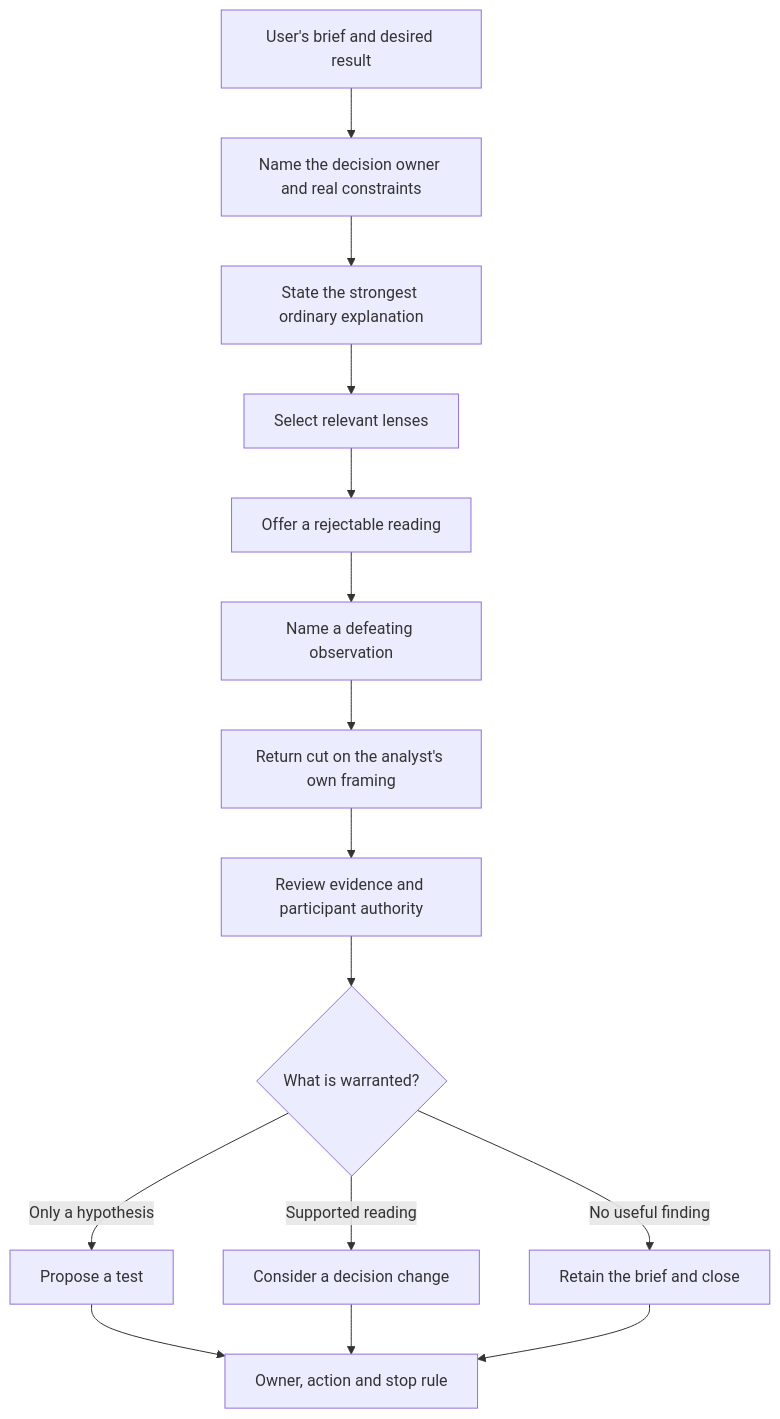
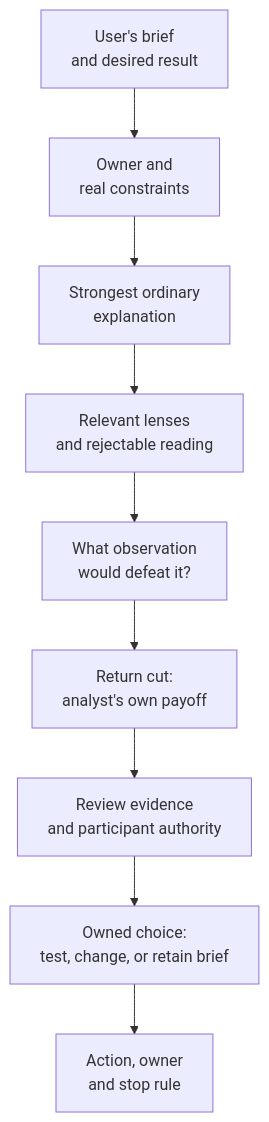
The first of 9 diagrams in docs/guide.md (maciejjankowski/zizkian), drawn with Mermaid before and after one commit. The commit also changed other lines of this file and 69 other files, not shown here.

````diff
--- a/docs/guide.md
+++ b/docs/guide.md
@@ -14,17 +14,11 @@
 ```mermaid
 flowchart TD
-    A[User's brief and desired result] --> B[Name the decision owner and real constraints]
-    B --> C[State the strongest ordinary explanation]
-    C --> D[Select relevant lenses]
-    D --> E[Offer a rejectable reading]
-    E --> F[Name a defeating observation]
-    F --> G[Return cut on the analyst's own framing]
-    G --> H[Review evidence and participant authority]
-    H --> I{What is warranted?}
-    I -->|Only a hypothesis| T[Propose a test]
-    I -->|Supported reading| V[Consider a decision change]
-    I -->|No useful finding| N[Retain the brief and close]
-    T --> O[Owner, action and stop rule]
-    V --> O
-    N --> O
+    A["User's brief<br/>and desired result"] --> B["Owner and<br/>real constraints"]
+    B --> C["Strongest ordinary<br/>explanation"]
+    C --> D["Relevant lenses<br/>and rejectable reading"]
+    D --> E["What observation<br/>would defeat it?"]
+    E --> F["Return cut:<br/>analyst's own payoff"]
+    F --> G["Review evidence<br/>and participant authority"]
+    G --> H["Owned choice:<br/>test, change, or retain brief"]
+    H --> I["Action, owner<br/>and stop rule"]
 ```
````
